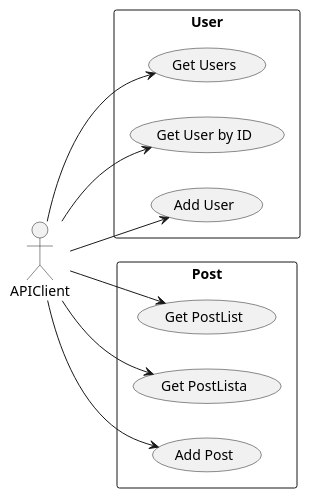
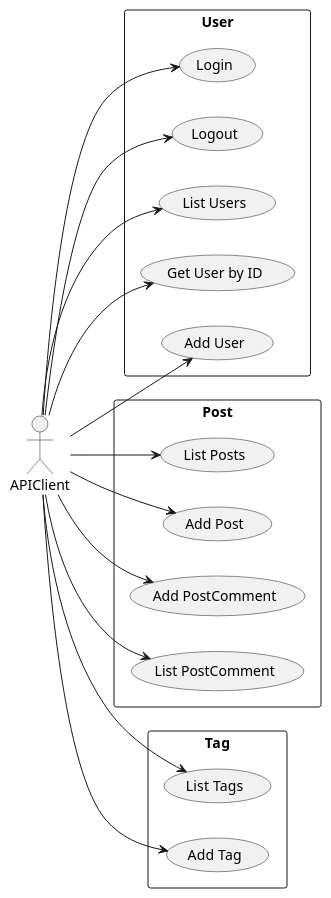
The diagram in docs/usecase.pu (oshou/AwesomeMusic-api), drawn with PlantUML before and after one commit. The commit also changed 3 other files, not shown here.

```diff
--- a/docs/usecase.pu
+++ b/docs/usecase.pu
@@ -1,14 +1,21 @@
 @startuml
 left to right direction
 :APIClient:
 rectangle User {
-  APIClient --> (Get Users)
+  APIClient --> (Login)
+  APIClient --> (Logout)
+  APIClient --> (List Users)
   APIClient --> (Get User by ID)
   APIClient --> (Add User)
 }
 rectangle Post {
-  APIClient --> (Get PostList)
-  APIClient --> (Get PostLista)
+  APIClient --> (List Posts)
   APIClient --> (Add Post)
+  APIClient --> (Add PostComment)
+  APIClient --> (List PostComment)
+}
+rectangle Tag {
+  APIClient --> (List Tags)
+  APIClient --> (Add Tag)
 }
 @enduml
```
